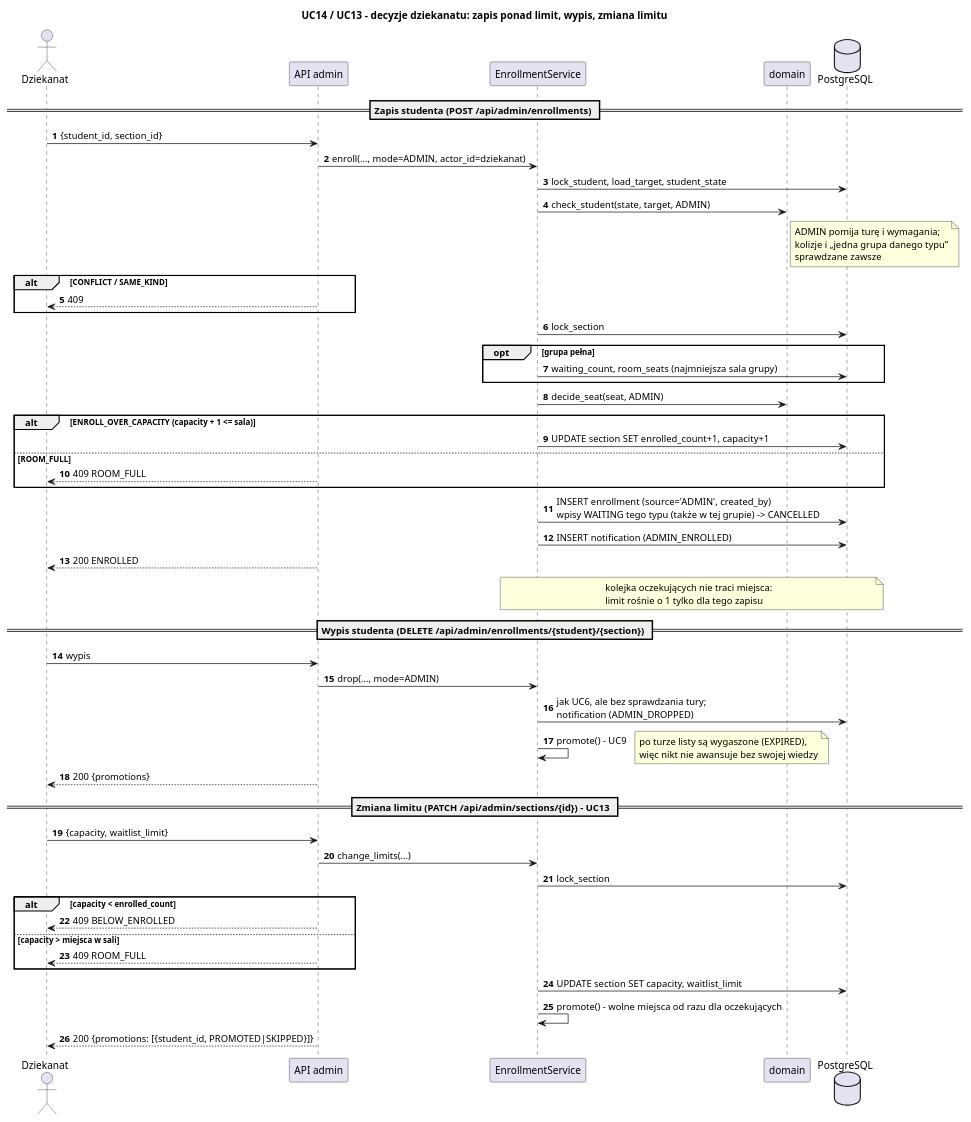
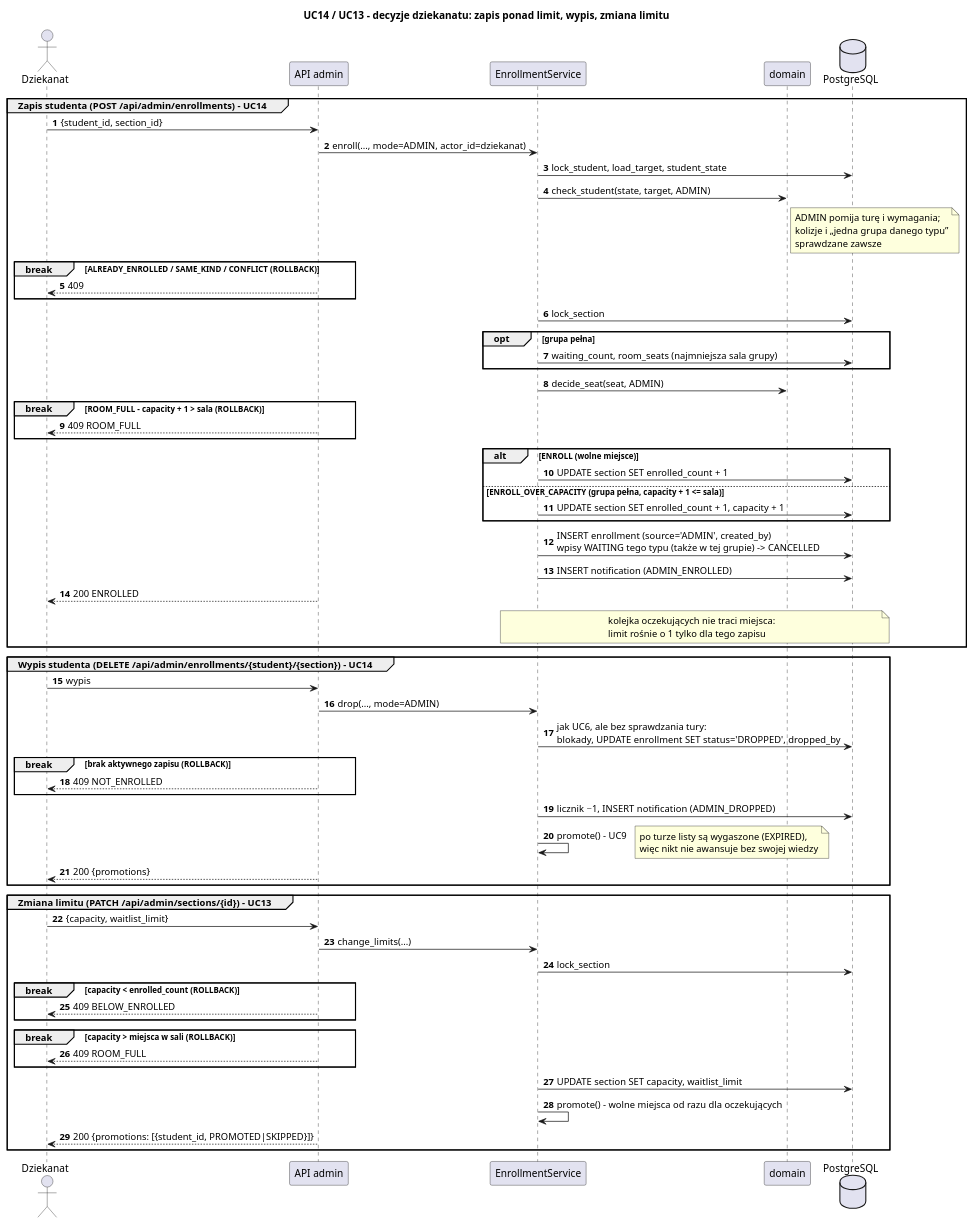
The diagram in etap3/diagramy/sekwencja_dziekanat.puml (Husaria55/USOSv2), drawn with PlantUML before and after one commit. The commit also changed 22 other files, not shown here.

```diff
--- a/etap3/diagramy/sekwencja_dziekanat.puml
+++ b/etap3/diagramy/sekwencja_dziekanat.puml
@@ -1,57 +1,68 @@
 @startuml sekwencja_dziekanat
 title UC14 / UC13 – decyzje dziekanatu: zapis ponad limit, wypis, zmiana limitu
 skinparam shadowing false
 skinparam sequenceMessageAlign left
 autonumber
 
 actor Dziekanat
 participant "API admin" as api
 participant "EnrollmentService" as svc
 participant "domain" as dom
 database "PostgreSQL" as db
 
-== Zapis studenta (POST /api/admin/enrollments) ==
-Dziekanat -> api : {student_id, section_id}
-api -> svc : enroll(..., mode=ADMIN, actor_id=dziekanat)
-svc -> db : lock_student, load_target, student_state
-svc -> dom : check_student(state, target, ADMIN)
-note right of dom : ADMIN pomija turę i wymagania;\nkolizje i „jedna grupa danego typu”\nsprawdzane zawsze
-alt CONFLICT / SAME_KIND
-  api --> Dziekanat : 409
+group Zapis studenta (POST /api/admin/enrollments) – UC14
+  Dziekanat -> api : {student_id, section_id}
+  api -> svc : enroll(..., mode=ADMIN, actor_id=dziekanat)
+  svc -> db : lock_student, load_target, student_state
+  svc -> dom : check_student(state, target, ADMIN)
+  note right of dom : ADMIN pomija turę i wymagania;\nkolizje i „jedna grupa danego typu”\nsprawdzane zawsze
+  break ALREADY_ENROLLED / SAME_KIND / CONFLICT (ROLLBACK)
+    api --> Dziekanat : 409
+  end
+  svc -> db : lock_section
+  opt grupa pełna
+    svc -> db : waiting_count, room_seats (najmniejsza sala grupy)
+  end
+  svc -> dom : decide_seat(seat, ADMIN)
+  break ROOM_FULL – capacity + 1 > sala (ROLLBACK)
+    api --> Dziekanat : 409 ROOM_FULL
+  end
+  alt ENROLL (wolne miejsce)
+    svc -> db : UPDATE section SET enrolled_count + 1
+  else ENROLL_OVER_CAPACITY (grupa pełna, capacity + 1 <= sala)
+    svc -> db : UPDATE section SET enrolled_count + 1, capacity + 1
+  end
+  svc -> db : INSERT enrollment (source='ADMIN', created_by)\nwpisy WAITING tego typu (także w tej grupie) -> CANCELLED
+  svc -> db : INSERT notification (ADMIN_ENROLLED)
+  api --> Dziekanat : 200 ENROLLED
+  note over svc, db : kolejka oczekujących nie traci miejsca:\nlimit rośnie o 1 tylko dla tego zapisu
 end
-svc -> db : lock_section
-opt grupa pełna
-  svc -> db : waiting_count, room_seats (najmniejsza sala grupy)
+
+group Wypis studenta (DELETE /api/admin/enrollments/{student}/{section}) – UC14
+  Dziekanat -> api : wypis
+  api -> svc : drop(..., mode=ADMIN)
+  svc -> db : jak UC6, ale bez sprawdzania tury:\nblokady, UPDATE enrollment SET status='DROPPED', dropped_by
+  break brak aktywnego zapisu (ROLLBACK)
+    api --> Dziekanat : 409 NOT_ENROLLED
+  end
+  svc -> db : licznik −1, INSERT notification (ADMIN_DROPPED)
+  svc -> svc : promote() – UC9
+  note right : po turze listy są wygaszone (EXPIRED),\nwięc nikt nie awansuje bez swojej wiedzy
+  api --> Dziekanat : 200 {promotions}
 end
-svc -> dom : decide_seat(seat, ADMIN)
-alt ENROLL_OVER_CAPACITY (capacity + 1 <= sala)
-  svc -> db : UPDATE section SET enrolled_count+1, capacity+1
-else ROOM_FULL
-  api --> Dziekanat : 409 ROOM_FULL
+
+group Zmiana limitu (PATCH /api/admin/sections/{id}) – UC13
+  Dziekanat -> api : {capacity, waitlist_limit}
+  api -> svc : change_limits(...)
+  svc -> db : lock_section
+  break capacity < enrolled_count (ROLLBACK)
+    api --> Dziekanat : 409 BELOW_ENROLLED
+  end
+  break capacity > miejsca w sali (ROLLBACK)
+    api --> Dziekanat : 409 ROOM_FULL
+  end
+  svc -> db : UPDATE section SET capacity, waitlist_limit
+  svc -> svc : promote() – wolne miejsca od razu dla oczekujących
+  api --> Dziekanat : 200 {promotions: [{student_id, PROMOTED|SKIPPED}]}
 end
-svc -> db : INSERT enrollment (source='ADMIN', created_by)\nwpisy WAITING tego typu (także w tej grupie) -> CANCELLED
-svc -> db : INSERT notification (ADMIN_ENROLLED)
-api --> Dziekanat : 200 ENROLLED
-note over svc, db : kolejka oczekujących nie traci miejsca:\nlimit rośnie o 1 tylko dla tego zapisu
-
-== Wypis studenta (DELETE /api/admin/enrollments/{student}/{section}) ==
-Dziekanat -> api : wypis
-api -> svc : drop(..., mode=ADMIN)
-svc -> db : jak UC6, ale bez sprawdzania tury;\nnotification (ADMIN_DROPPED)
-svc -> svc : promote() – UC9
-note right : po turze listy są wygaszone (EXPIRED),\nwięc nikt nie awansuje bez swojej wiedzy
-api --> Dziekanat : 200 {promotions}
-
-== Zmiana limitu (PATCH /api/admin/sections/{id}) – UC13 ==
-Dziekanat -> api : {capacity, waitlist_limit}
-api -> svc : change_limits(...)
-svc -> db : lock_section
-alt capacity < enrolled_count
-  api --> Dziekanat : 409 BELOW_ENROLLED
-else capacity > miejsca w sali
-  api --> Dziekanat : 409 ROOM_FULL
-end
-svc -> db : UPDATE section SET capacity, waitlist_limit
-svc -> svc : promote() – wolne miejsca od razu dla oczekujących
-api --> Dziekanat : 200 {promotions: [{student_id, PROMOTED|SKIPPED}]}
 @enduml
```
